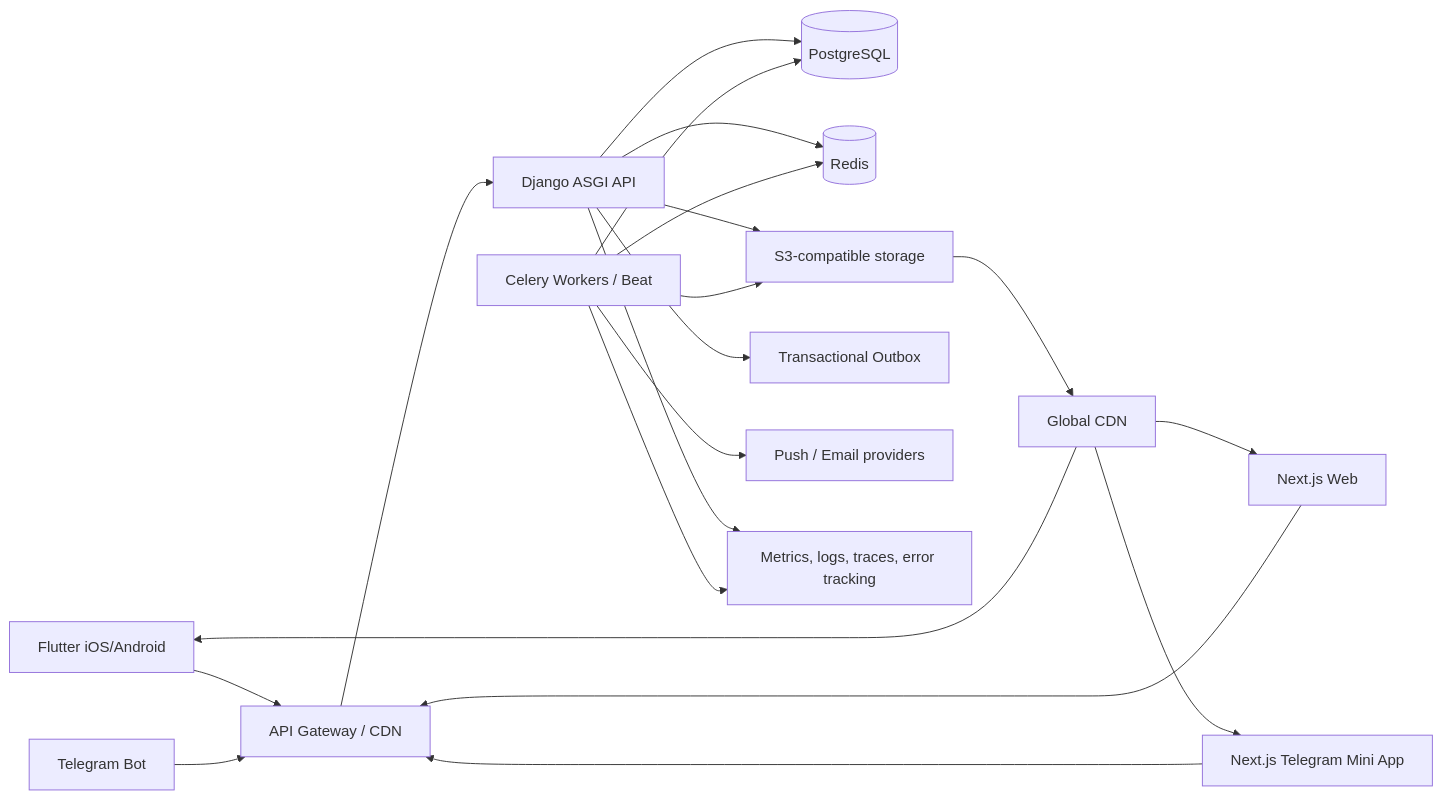
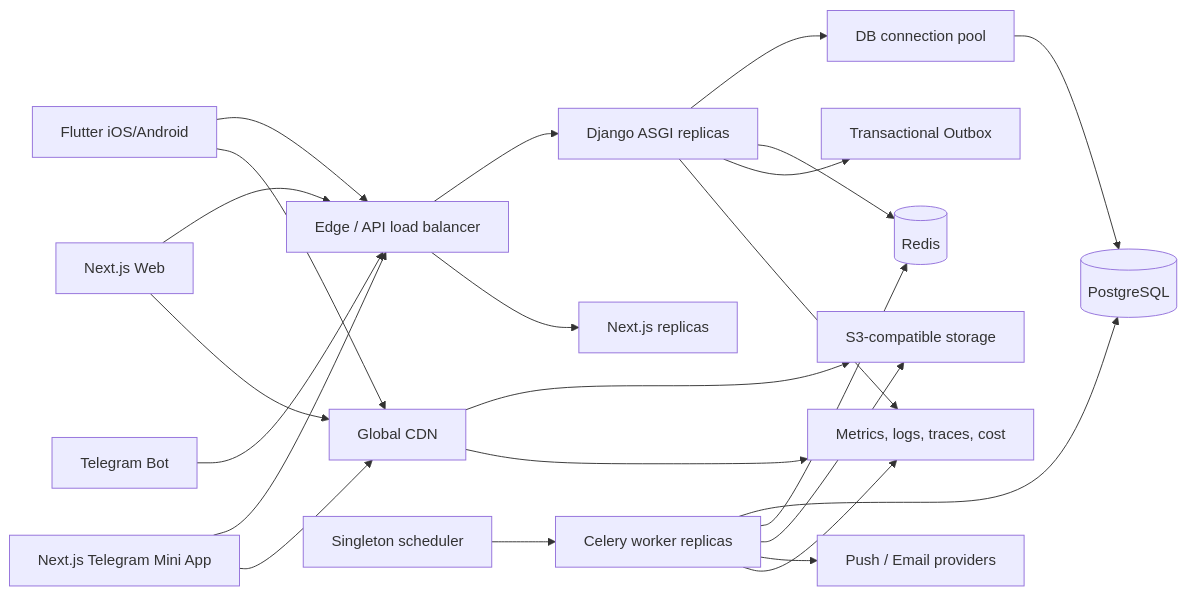
One commit to Mr-Fulani/iqro changed the diagram in thoughts/shared/specs/2026-08-09-quran-platform-backend.md. Above: the diagram before and after it, drawn with Mermaid. The commit also changed other lines of this file and 52 other files, not shown here.

````diff
--- a/thoughts/shared/specs/2026-08-09-quran-platform-backend.md
+++ b/thoughts/shared/specs/2026-08-09-quran-platform-backend.md
@@ -169,22 +178,25 @@
 ```mermaid
 flowchart LR
-    F["Flutter iOS/Android"] --> G["API Gateway / CDN"]
+    F["Flutter iOS/Android"] --> G["Edge / API load balancer"]
     W["Next.js Web"] --> G
     T["Next.js Telegram Mini App"] --> G
     B["Telegram Bot"] --> G
-    G --> A["Django ASGI API"]
-    A --> P[("PostgreSQL")]
+    F --> D["Global CDN"]
+    W --> D
+    T --> D
+    D --> S["S3-compatible storage"]
+    G --> A["Django ASGI replicas"]
+    G --> N["Next.js replicas"]
+    A --> L["DB connection pool"]
+    L --> P[("PostgreSQL")]
     A --> R[("Redis")]
-    A --> S["S3-compatible storage"]
     A --> O["Transactional Outbox"]
-    C["Celery Workers / Beat"] --> P
+    C["Celery worker replicas"] --> P
     C --> R
     C --> S
-    C --> N["Push / Email providers"]
-    S --> D["Global CDN"]
-    D --> F
-    D --> W
-    D --> T
-    A --> M["Metrics, logs, traces, error tracking"]
+    H["Singleton scheduler"] --> C
+    C --> X["Push / Email providers"]
+    A --> M["Metrics, logs, traces, cost"]
     C --> M
+    D --> M
 ```
````
